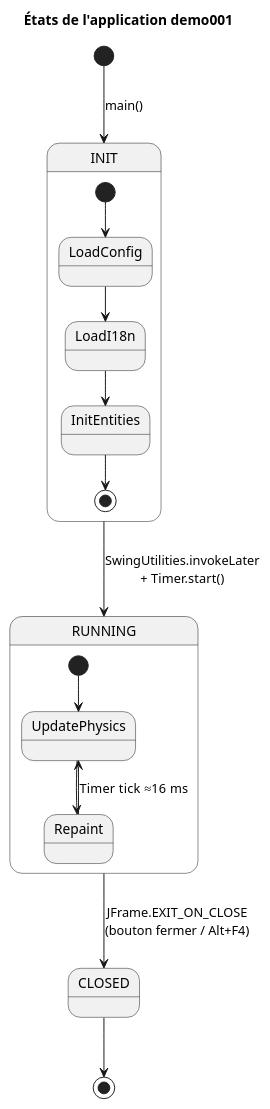
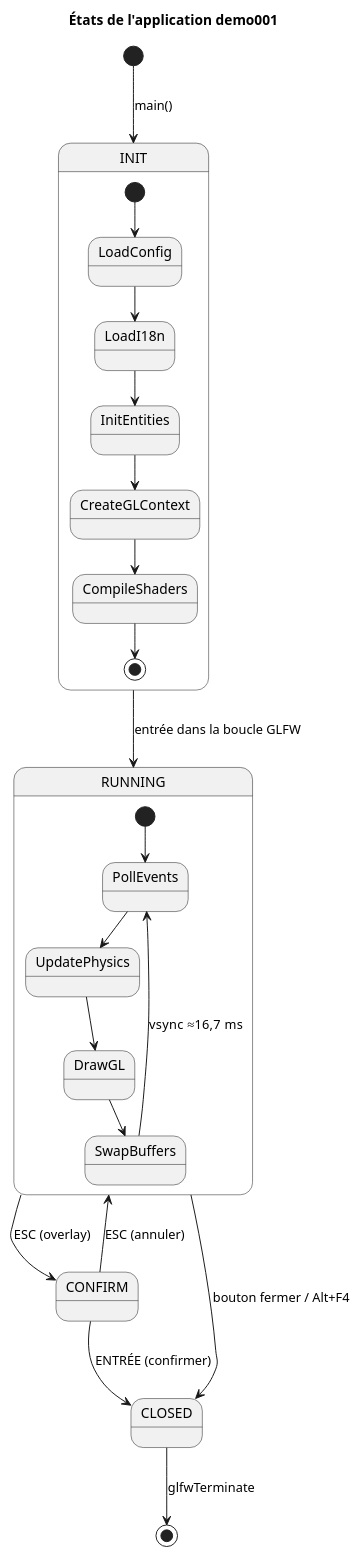
Before and after one commit to mcgivrer/demo001-arm64: the second of 2 diagrams in src/docs/07-game-loop.md, drawn with PlantUML. The commit also changed other lines of this file and 38 other files, not shown here.

````diff
--- a/src/docs/07-game-loop.md
+++ b/src/docs/07-game-loop.md
@@ -53,26 +54,33 @@
 ```plantuml
 @startuml
 title États de l'application demo001
 
 [*] --> INIT : main()
 
 state INIT {
     [*] --> LoadConfig
     LoadConfig --> LoadI18n
     LoadI18n --> InitEntities
-    InitEntities --> [*]
+    InitEntities --> CreateGLContext
+    CreateGLContext --> CompileShaders
+    CompileShaders --> [*]
 }
 
-INIT --> RUNNING : SwingUtilities.invokeLater\n+ Timer.start()
+INIT --> RUNNING : entrée dans la boucle GLFW
 
 state RUNNING {
-    [*] --> UpdatePhysics
-    UpdatePhysics --> Repaint
-    Repaint --> UpdatePhysics : Timer tick ≈16 ms
+    [*] --> PollEvents
+    PollEvents --> UpdatePhysics
+    UpdatePhysics --> DrawGL
+    DrawGL --> SwapBuffers
+    SwapBuffers --> PollEvents : vsync ≈16,7 ms
 }
 
-RUNNING --> CLOSED : JFrame.EXIT_ON_CLOSE\n(bouton fermer / Alt+F4)
+RUNNING --> CONFIRM : ESC (overlay)
+CONFIRM --> RUNNING : ESC (annuler)
+CONFIRM --> CLOSED : ENTRÉE (confirmer)
+RUNNING --> CLOSED : bouton fermer / Alt+F4
 
-CLOSED --> [*]
+CLOSED --> [*] : glfwTerminate
 @enduml
 ```
````
